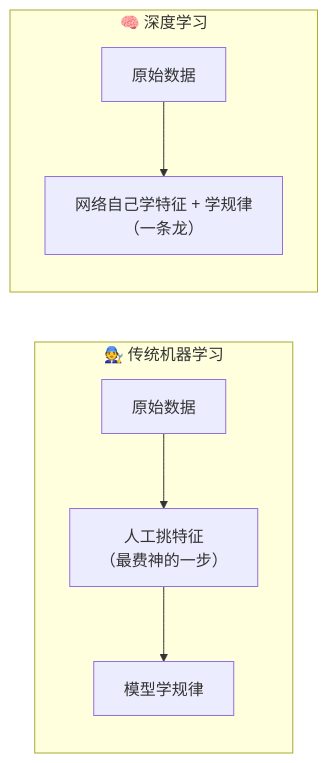
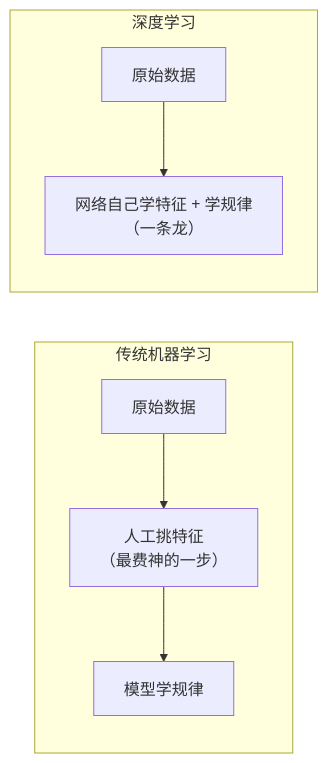
Before and after one commit to luckykhy/KhyAiHub: the third of 8 diagrams in docs/02_CONCEPTS_概念入门/CONCEPT/[CONCEPT-13] 什么是深度学习-DeepLearning.md, drawn with Mermaid. The commit also changed other lines of this file and 19 other files, not shown here.

````diff
--- a/docs/02_CONCEPTS_概念入门/CONCEPT/[CONCEPT-13] 什么是深度学习-DeepLearning.md
+++ b/docs/02_CONCEPTS_概念入门/CONCEPT/[CONCEPT-13] 什么是深度学习-DeepLearning.md
@@ -111,9 +111,9 @@
 ```mermaid
 flowchart LR
-  subgraph 传统["🧑‍🔧 传统机器学习"]
+  subgraph 传统["传统机器学习"]
     D1["原始数据"] --> H["人工挑特征<br/>（最费神的一步）"] --> M1["模型学规律"]
   end
-  subgraph 深度["🧠 深度学习"]
+  subgraph 深度["深度学习"]
     D2["原始数据"] --> M2["网络自己学特征 + 学规律<br/>（一条龙）"]
   end
 ```
````
